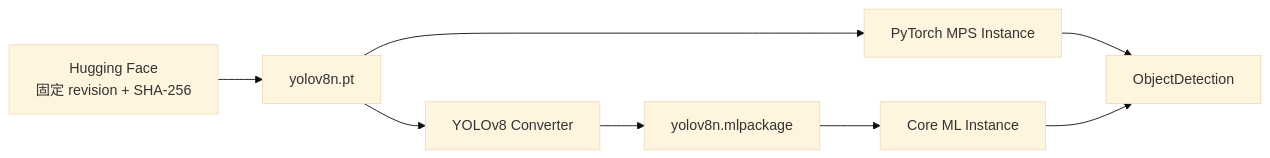
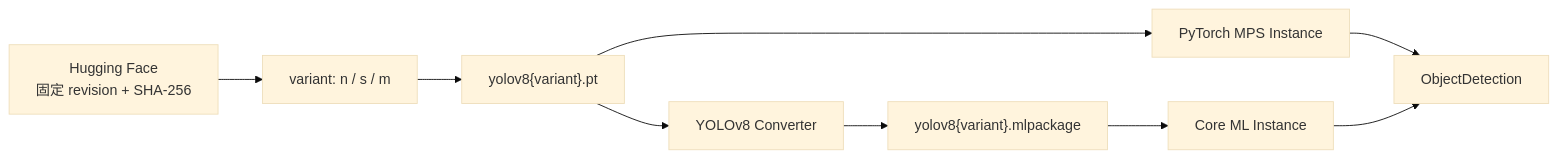
Before and after one commit to devilyouwei/hugging-mac: the diagram in doc/14-yolov8-sdk.md, drawn with Mermaid (base theme). The commit also changed other lines of this file and 37 other files, not shown here.

````diff
--- a/doc/14-yolov8-sdk.md
+++ b/doc/14-yolov8-sdk.md
@@ -9,14 +10,15 @@
 ```mermaid
 flowchart LR
     HF["Hugging Face<br/>固定 revision + SHA-256"]
-    PT["yolov8n.pt"]
+    Variant["variant: n / s / m"]
+    PT["yolov8{variant}.pt"]
     MPS["PyTorch MPS Instance"]
     Convert["YOLOv8 Converter"]
-    MLPackage["yolov8n.mlpackage"]
+    MLPackage["yolov8{variant}.mlpackage"]
     CoreML["Core ML Instance"]
     Capability["ObjectDetection"]
 
-    HF --> PT
+    HF --> Variant --> PT
     PT --> MPS --> Capability
     PT --> Convert --> MLPackage --> CoreML --> Capability
 ```
````
